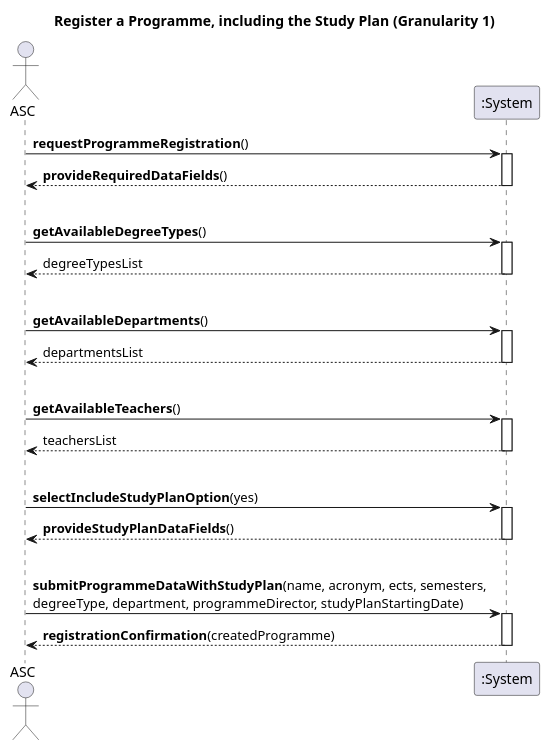
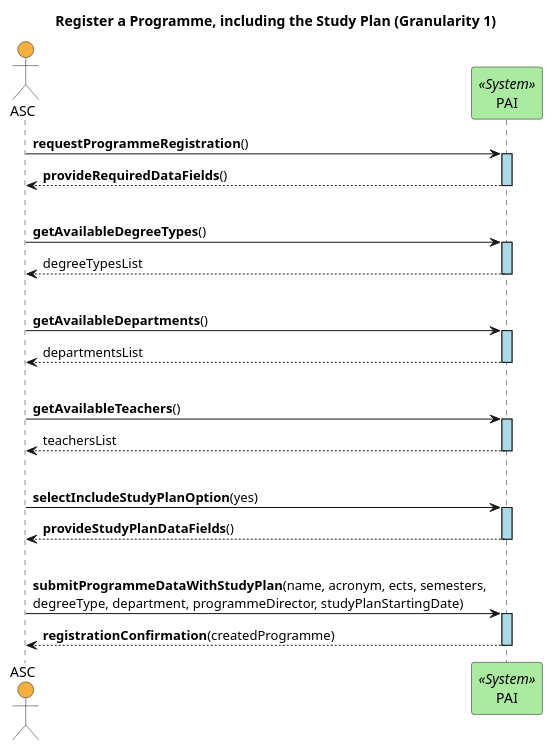
One commit to GasparISEP/DevOps-PAI changed the diagram in docs/US27/Sprint6/ProcessView/Level1.puml. Above: the diagram before and after it, drawn with PlantUML.

Commit message:
Updated level 1 process view diagram for register programme, including study plan, adding colors and the correct label. (Ref #527)

```diff
--- a/docs/US27/Sprint6/ProcessView/Level1.puml
+++ b/docs/US27/Sprint6/ProcessView/Level1.puml
@@ -1,36 +1,38 @@
 @startuml
 title Register a Programme, including the Study Plan (Granularity 1)
-actor ASC
-participant ":System" as system
+skinparam sequenceLifeLineBackgroundColor lightblue
+
+actor ASC #F5B041
+participant "PAI" as system <<System>> #ABEBA1
 
 ASC -> system: **requestProgrammeRegistration**()
 activate system
 system --> ASC: **provideRequiredDataFields**()
 deactivate system
 |||
 ASC -> system: **getAvailableDegreeTypes**()
 activate system
 system --> ASC: degreeTypesList
 deactivate system
 |||
 ASC -> system: **getAvailableDepartments**()
 activate system
 system --> ASC: departmentsList
 deactivate system
 |||
 ASC -> system: **getAvailableTeachers**()
 activate system
 system --> ASC: teachersList
 deactivate system
 |||
 ASC -> system: **selectIncludeStudyPlanOption**(yes)
 activate system
 system --> ASC: **provideStudyPlanDataFields**()
 deactivate system
 |||
 ASC -> system: **submitProgrammeDataWithStudyPlan**(name, acronym, ects, semesters, \ndegreeType, department, programmeDirector, studyPlanStartingDate)
 activate system
 system --> ASC: **registrationConfirmation**(createdProgramme)
 deactivate system
 
 @enduml
```
